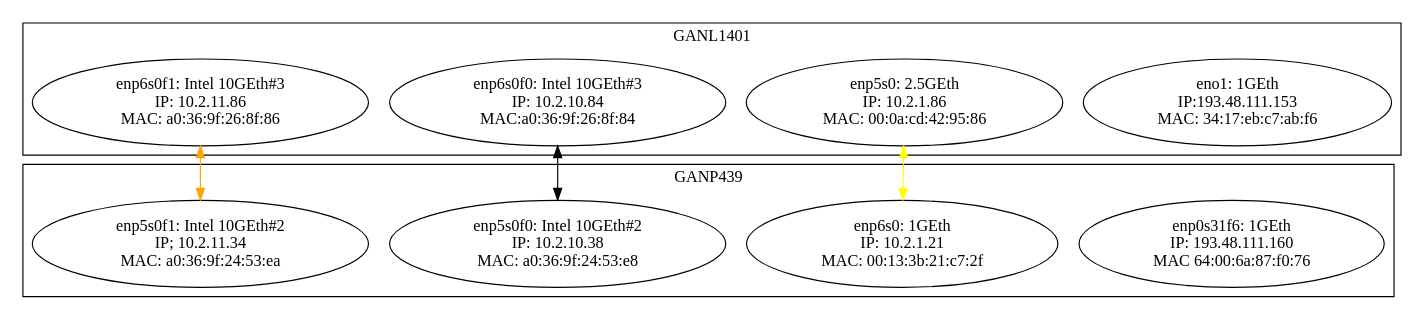
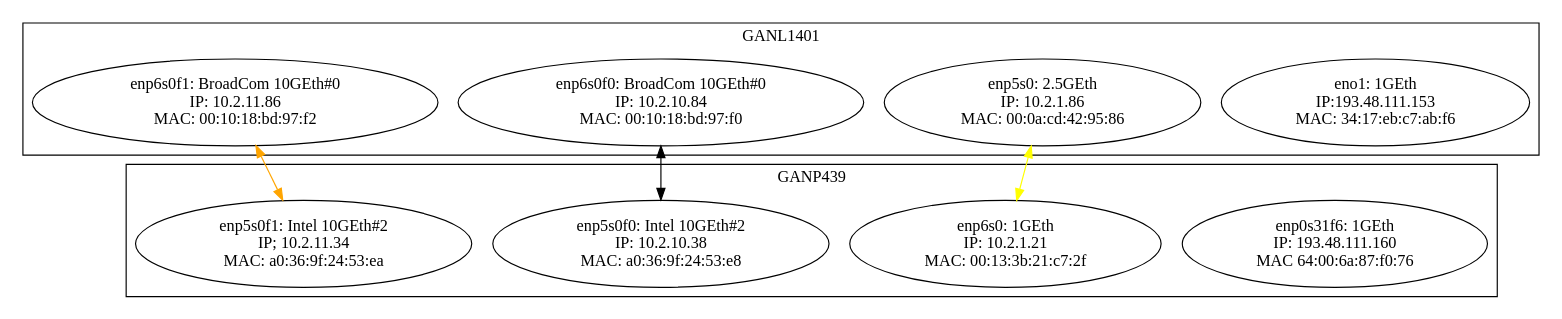
One commit to AdrielEP/test changed the diagram in graphInfra.dot. Above: the diagram before and after it, drawn with Graphviz.

Commit message:
graph: setup BroadCom 10GEth#0

```diff
--- a/graphInfra.dot
+++ b/graphInfra.dot
@@ -1,31 +1,34 @@
 digraph Point2PointNetwork           
 {
   subgraph cluster_GANL1401        
   {label=GANL1401
 #motherboard
 	eno1[shape=ellipse,label="eno1: 1GEth\n IP:193.48.111.153\n MAC: 34:17:eb:c7:ab:f6"]
 #IcyBox PCIe1x 2.5GEth
 	enp5s0[shape=ellipse,label="enp5s0: 2.5GEth\n IP: 10.2.1.86\n MAC: 00:0a:cd:42:95:86"]
 #Intel 10GEth #3
-	enp6s0f0[shape=ellipse,label="enp6s0f0: Intel 10GEth#3\n IP: 10.2.10.84\n MAC:a0:36:9f:26:8f:84"]
-	enp6s0f1[shape=ellipse,label="enp6s0f1: Intel 10GEth#3\n IP: 10.2.11.86\n MAC: a0:36:9f:26:8f:86"]
+#	enp6s0f0[shape=ellipse,label="enp6s0f0: Intel 10GEth#3\n IP: 10.2.10.84\n MAC:a0:36:9f:26:8f:84"]
+#	enp6s0f1[shape=ellipse,label="enp6s0f1: Intel 10GEth#3\n IP: 10.2.11.86\n MAC: a0:36:9f:26:8f:86"]
+#BroadCom 10GEth #0
+	enp6s0f0[shape=ellipse,label="enp6s0f0: BroadCom 10GEth#0\n IP: 10.2.10.84\n MAC: 00:10:18:bd:97:f0"]
+	enp6s0f1[shape=ellipse,label="enp6s0f1: BroadCom 10GEth#0\n IP: 10.2.11.86\n MAC: 00:10:18:bd:97:f2"]
   }//GANL1401
 
   subgraph cluster_GANP349        
   {label=GANP439
 #motherboard
 	enp0s31f6[shape=ellipse,label="enp0s31f6: 1GEth\n IP: 193.48.111.160\n MAC 64:00:6a:87:f0:76"]
 #StarTech PCIe1x 1GEth
 	enp6s0[shape=ellipse,label="enp6s0: 1GEth\n IP: 10.2.1.21\n MAC: 00:13:3b:21:c7:2f"]
 #Intel 10GEth #2
 	enp5s0f0[shape=ellipse,label="enp5s0f0: Intel 10GEth#2\n IP: 10.2.10.38\n MAC: a0:36:9f:24:53:e8"]
 	enp5s0f1[shape=ellipse,label="enp5s0f1: Intel 10GEth#2\n IP; 10.2.11.34\n MAC: a0:36:9f:24:53:ea"]
   }//GANP439
 
 #Eth CAT6
   enp5s0 -> enp6s0 [dir=both color="yellow"]
 #DAC black
   enp6s0f0 -> enp5s0f0 [dir=both color="black"]
 #DAC orange
   enp6s0f1 -> enp5s0f1 [dir=both color="orange"]
 }//digraph
```
